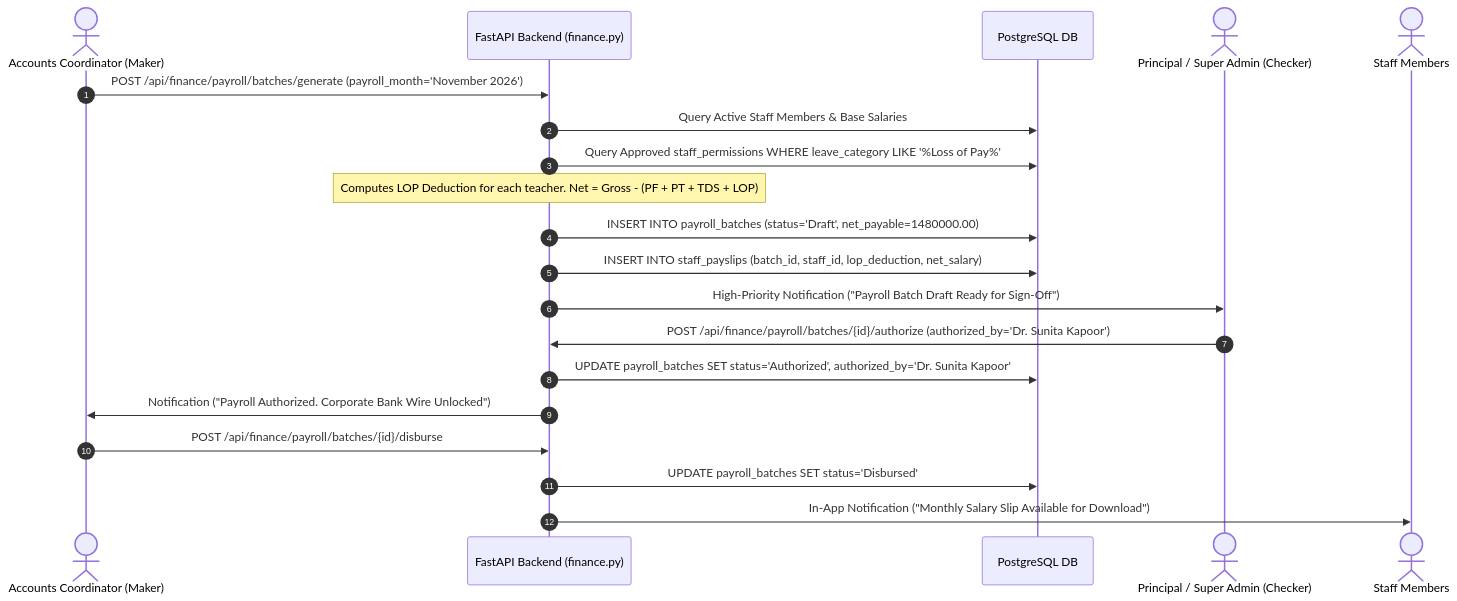
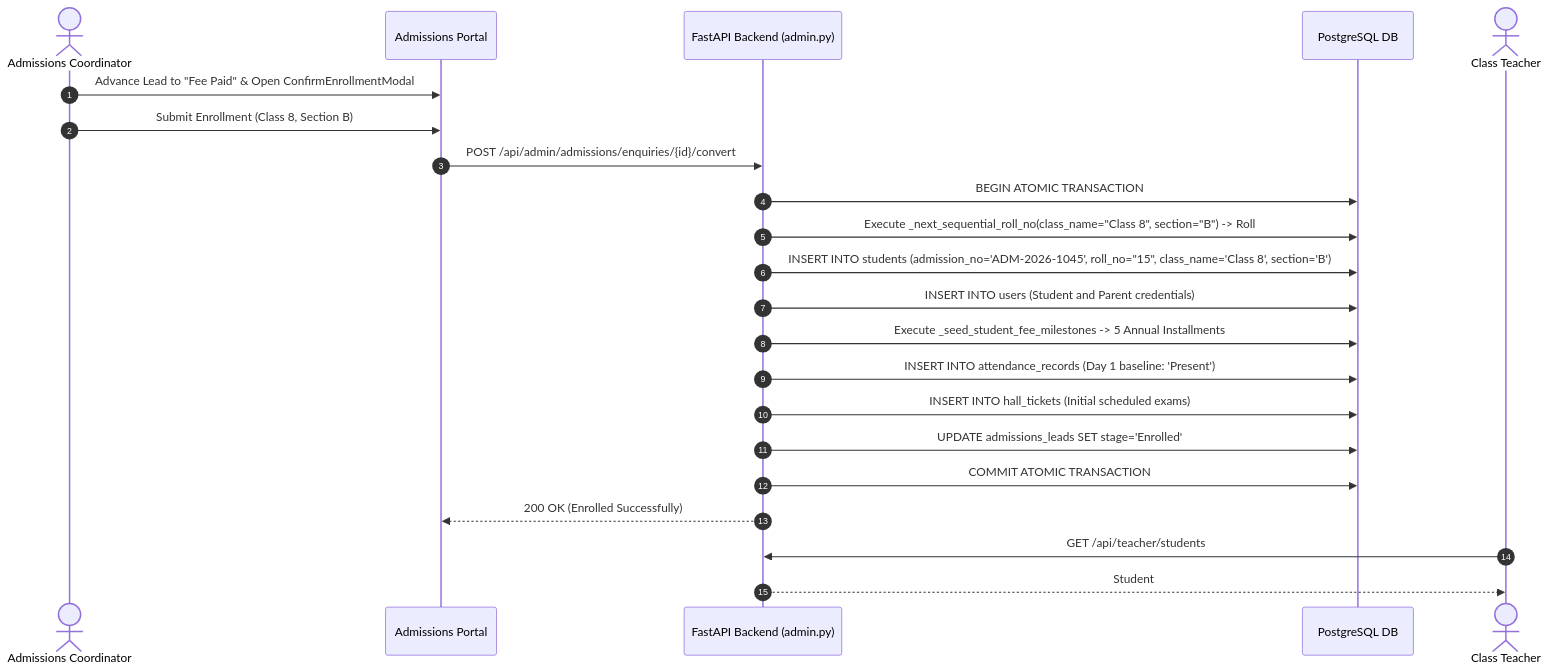
Before and after one commit to DiradzProducts/EDU360: diagram 17 of 20 in docs/architecture/ROLE_WISE_ARCHITECTURE_AND_WORKFLOWS.md, drawn with Mermaid. The commit also changed other lines of this file and 54 other files, not shown here.

Commit message:
feat(core): synchronize cross-role workflows, dynamic surveillance, and v10.0 architecture

````diff
--- a/docs/architecture/ROLE_WISE_ARCHITECTURE_AND_WORKFLOWS.md
+++ b/docs/architecture/ROLE_WISE_ARCHITECTURE_AND_WORKFLOWS.md
@@ -698,25 +724,26 @@
 ```mermaid
 sequenceDiagram
     autonumber
-    actor Accounts as Accounts Coordinator (Maker)
-    participant API as FastAPI Backend (finance.py)
+    actor AdmCoord as Admissions Coordinator
+    participant UI as Admissions Portal
+    participant API as FastAPI Backend (admin.py)
     participant DB as PostgreSQL DB
-    actor Admin as Principal / Super Admin (Checker)
-    actor Teacher as Staff Members
+    actor Teacher as Class Teacher
 
-    Accounts->>API: POST /api/finance/payroll/batches/generate (payroll_month='November 2026')
-    API->>DB: Query Active Staff Members & Base Salaries
-    API->>DB: Query Approved staff_permissions WHERE leave_category LIKE '%Loss of Pay%'
-    Note over API: Computes LOP Deduction for each teacher. Net = Gross - (PF + PT + TDS + LOP)
-    API->>DB: INSERT INTO payroll_batches (status='Draft', net_payable=1480000.00)
-    API->>DB: INSERT INTO staff_payslips (batch_id, staff_id, lop_deduction, net_salary)
-    API->>Admin: High-Priority Notification ("Payroll Batch Draft Ready for Sign-Off")
+    AdmCoord->>UI: Advance Lead to "Fee Paid" & Open ConfirmEnrollmentModal
+    AdmCoord->>UI: Submit Enrollment (Class 8, Section B)
+    UI->>API: POST /api/admin/admissions/enquiries/{id}/convert
+    API->>DB: BEGIN ATOMIC TRANSACTION
+    API->>DB: Execute _next_sequential_roll_no(class_name="Class 8", section="B") -> Roll #15
+    API->>DB: INSERT INTO students (admission_no='ADM-2026-1045', roll_no="15", class_name='Class 8', section='B')
+    API->>DB: INSERT INTO users (Student and Parent credentials)
+    API->>DB: Execute _seed_student_fee_milestones -> 5 Annual Installments
+    API->>DB: INSERT INTO attendance_records (Day 1 baseline: 'Present')
+    API->>DB: INSERT INTO hall_tickets (Initial scheduled exams)
+    API->>DB: UPDATE admissions_leads SET stage='Enrolled'
+    API->>DB: COMMIT ATOMIC TRANSACTION
+    API-->>UI: 200 OK (Enrolled Successfully)
     
-    Admin->>API: POST /api/finance/payroll/batches/{id}/authorize (authorized_by='Dr. Sunita Kapoor')
-    API->>DB: UPDATE payroll_batches SET status='Authorized', authorized_by='Dr. Sunita Kapoor'
-    API->>Accounts: Notification ("Payroll Authorized. Corporate Bank Wire Unlocked")
-    
-    Accounts->>API: POST /api/finance/payroll/batches/{id}/disburse
-    API->>DB: UPDATE payroll_batches SET status='Disbursed'
-    API->>Teacher: In-App Notification ("Monthly Salary Slip Available for Download")
+    Teacher->>API: GET /api/teacher/students
+    API-->>Teacher: Student #15 ("New Enrollee") appears instantly on classroom register!
 ```
````
